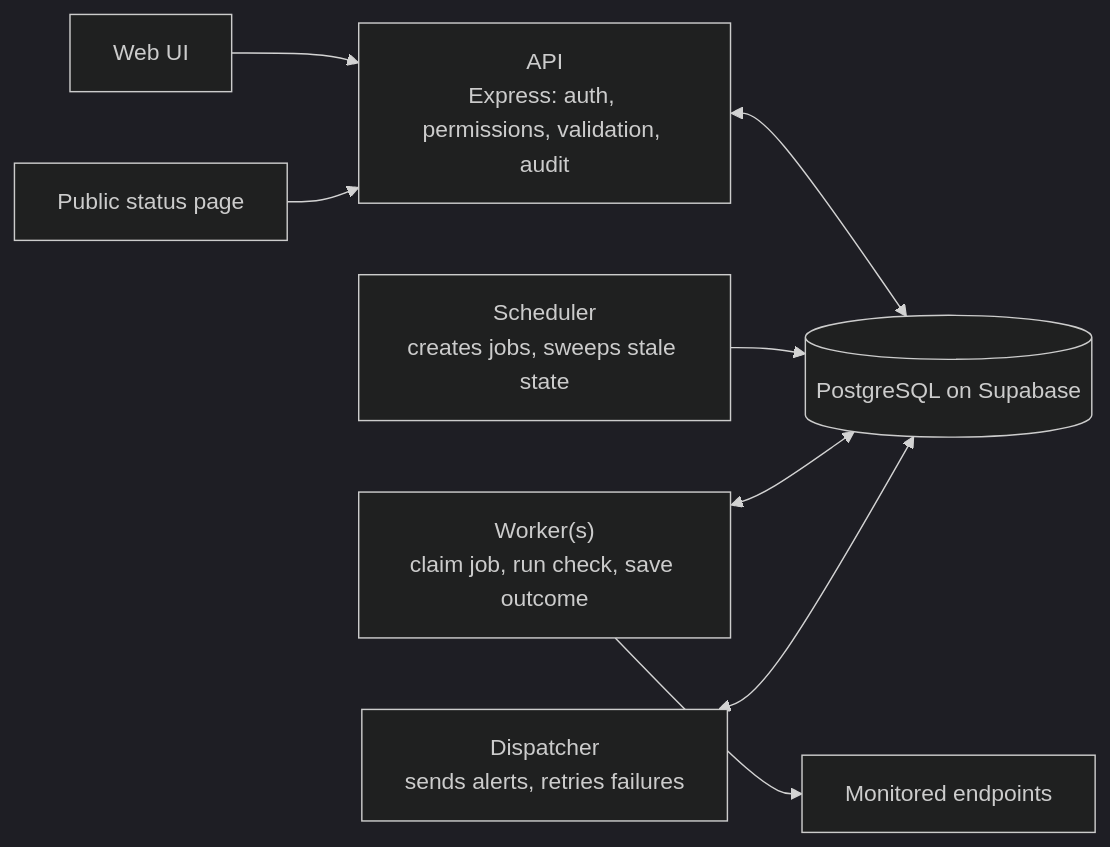
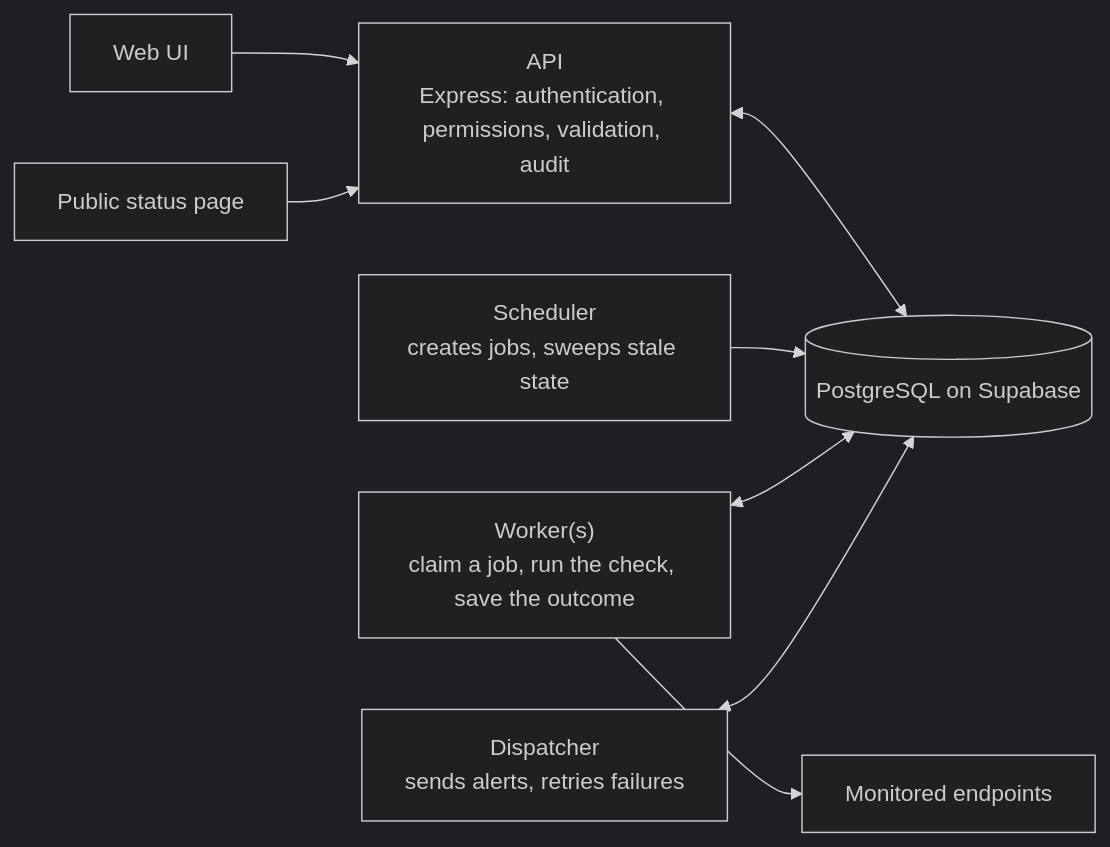
The first of 3 diagrams in docs/architecture.md (dominion-000/status-pulse), drawn with Mermaid (dark theme) before and after one commit. The commit also changed other lines of this file and 1 other file, not shown here.

Commit message:
docs: update plan and architecture

````diff
--- a/docs/architecture.md
+++ b/docs/architecture.md
@@ -9,16 +9,16 @@
 ```mermaid
 flowchart LR
   UI["Web UI"] --> API
   PUB["Public status page"] --> API
-  API["API<br/>Express: auth, permissions, validation, audit"]
+  API["API<br/>Express: authentication, permissions, validation, audit"]
   SCH["Scheduler<br/>creates jobs, sweeps stale state"]
-  WRK["Worker(s)<br/>claim job, run check, save outcome"]
+  WRK["Worker(s)<br/>claim a job, run the check, save the outcome"]
   DSP["Dispatcher<br/>sends alerts, retries failures"]
   DB[("PostgreSQL on Supabase")]
   EXT["Monitored endpoints"]
   API <--> DB
   SCH --> DB
   WRK <--> DB
   DSP <--> DB
   WRK --> EXT
 ```
````
